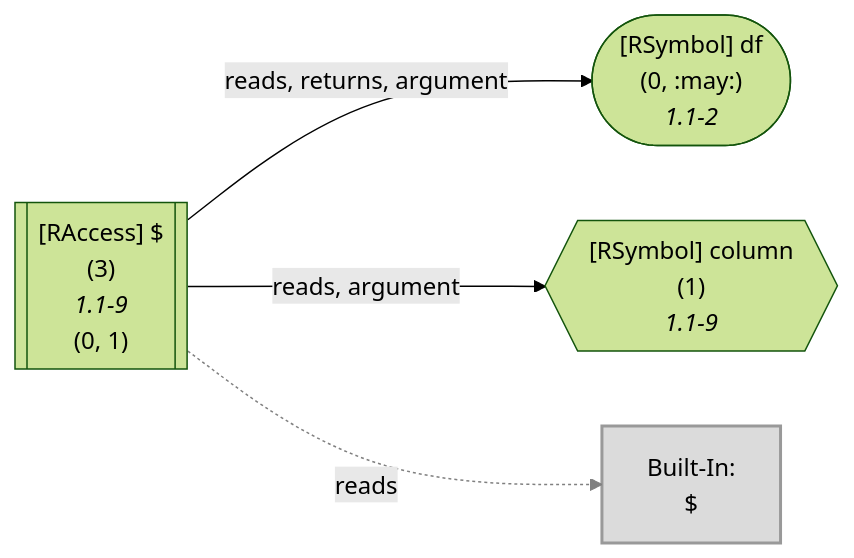
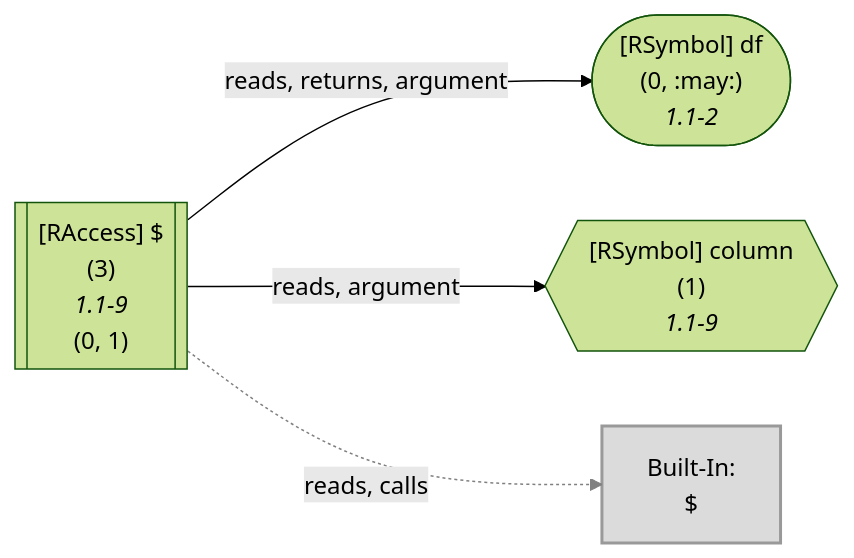
Before and after one commit to flowr-analysis/flowr: the fifth of 51 diagrams in wiki/Dataflow Graph.md, drawn with Mermaid (forest theme). The commit also changed other lines of this file and 8 other files, not shown here.

Commit message:
[skip ci] doc: update generated wiki pages (wiki/Capabilities,wiki/Dataflow Graph,wiki/Query API,wiki/Search API,wiki/Engines,wiki/Interface,wiki/Control Flow Graph,wiki/Core,README)

````diff
--- a/wiki/Dataflow Graph.md
+++ b/wiki/Dataflow Graph.md
@@ -521,20 +521,20 @@
 ```mermaid
 flowchart LR
     0(["`#91;RSymbol#93; df
       (0, :may:)
       *1.1-2*`"])
     1{{"`#91;RSymbol#93; column
       (1)
       *1.1-9*`"}}
     3[["`#91;RAccess#93; $
       (3)
       *1.1-9*
     (0, 1)`"]]
     built-in:_["`Built-In:
 $`"]
     style built-in:_ stroke:gray,fill:lightgray,stroke-width:2px,opacity:.8;
     3 -->|"reads, returns, argument"| 0
     3 -->|"reads, argument"| 1
-    3 -.->|"reads"| built-in:_
+    3 -.->|"reads, calls"| built-in:_
     linkStyle 2 stroke:gray;
 ```
````
